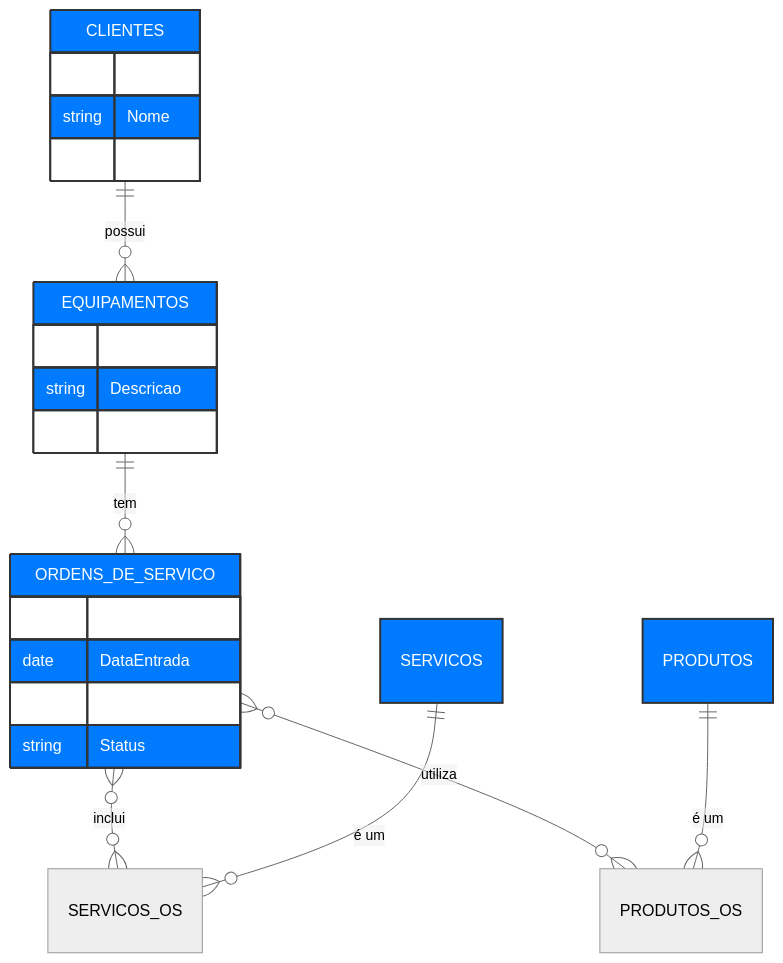
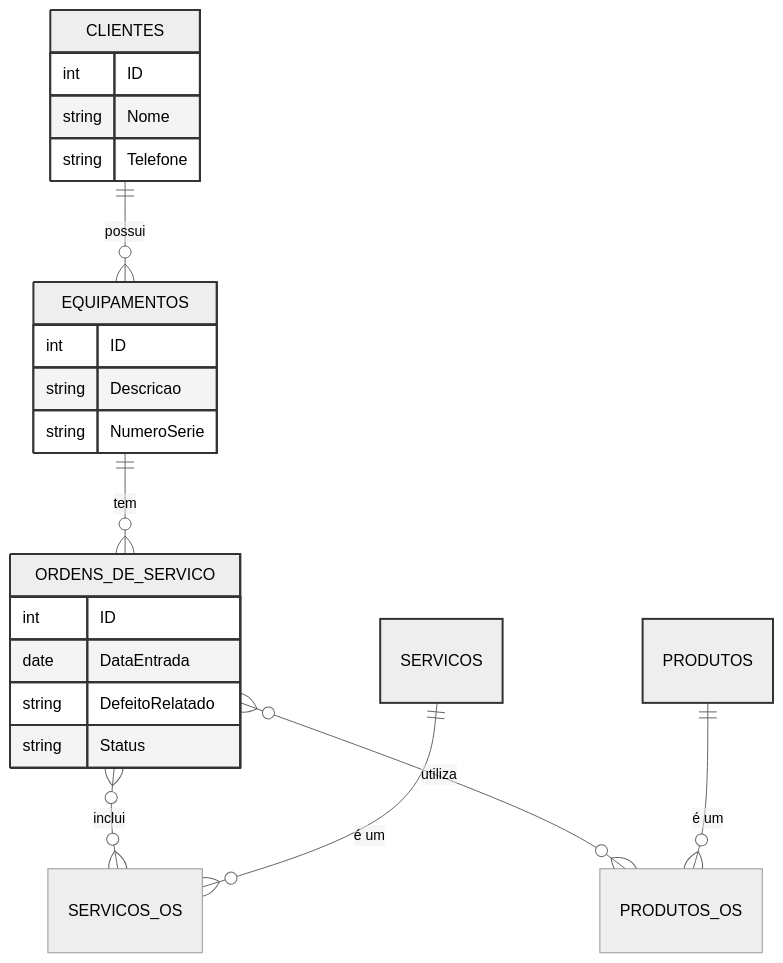
Before and after one commit to Naasso/Sistema-de-Gest-o-Empresarial-Full-Stack: the second of 3 diagrams in README.md, drawn with Mermaid (neutral theme).

````diff
--- a/README.md
+++ b/README.md
@@ -118,34 +118,34 @@
 ```mermaid
 erDiagram
     CLIENTES ||--o{ EQUIPAMENTOS : "possui"
     EQUIPAMENTOS ||--o{ ORDENS_DE_SERVICO : "tem"
     
     ORDENS_DE_SERVICO }o--o{ SERVICOS_OS : "inclui"
     SERVICOS ||--o{ SERVICOS_OS : "é um"
 
     ORDENS_DE_SERVICO }o--o{ PRODUTOS_OS : "utiliza"
     PRODUTOS ||--o{ PRODUTOS_OS : "é um"
 
     CLIENTES {
         int ID
         string Nome
         string Telefone
     }
     EQUIPAMENTOS {
         int ID
         string Descricao
         string NumeroSerie
     }
     ORDENS_DE_SERVICO {
         int ID
         date DataEntrada
         string DefeitoRelatado
         string Status
     }
 
     %% Definição de Estilos Corrigida
-    classDef mainEntity fill:#007bff,stroke:#333,stroke-width:2px,color:white,headerBkg:#007bff,headerColor:white,oddBkg:#f6f8fa,evenBkg:#f6f8fa
+    classDef mainEntity stroke:#333,stroke-width:2px
 
     %% Aplicação dos Estilos
     class CLIENTES,EQUIPAMENTOS,ORDENS_DE_SERVICO,SERVICOS,PRODUTOS mainEntity
 ```
````
